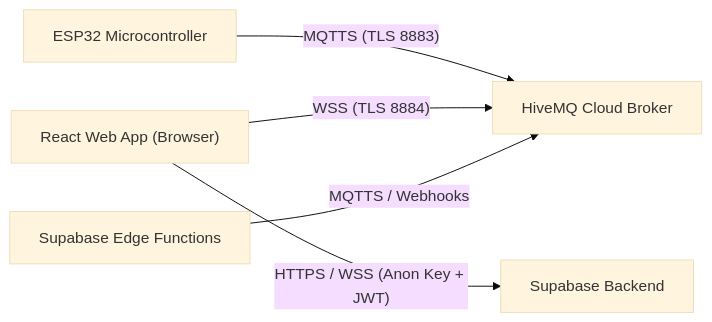
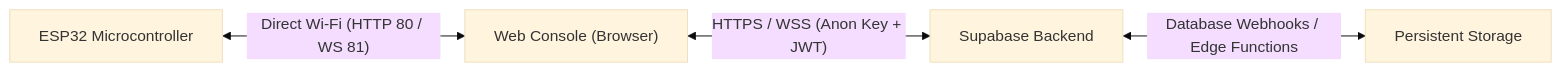
One commit to JerichoDelosReyes/PawStation changed the diagram in Docs/Security Architecture and Hardening.md. Above: the diagram before and after it, drawn with Mermaid (base theme). The commit also changed other lines of this file and 22 other files, not shown here.

Commit message:
refactor: remove HiveMQ and MQTT, migrate to direct ESP32 Wi-Fi architecture

````diff
--- a/Docs/Security Architecture and Hardening.md
+++ b/Docs/Security Architecture and Hardening.md
@@ -25,7 +27,6 @@
 ```mermaid
 flowchart LR
-    A["ESP32 Microcontroller"] -- "MQTTS (TLS 8883)" --> B["HiveMQ Cloud Broker"]
-    C["React Web App (Browser)"] -- "WSS (TLS 8884)" --> B
-    C -- "HTTPS / WSS (Anon Key + JWT)" --> D["Supabase Backend"]
-    E["Supabase Edge Functions"] -- "MQTTS / Webhooks" --> B
+    A["ESP32 Microcontroller"] <-- "Direct Wi-Fi (HTTP 80 / WS 81)" --> C["Web Console (Browser)"]
+    C <-- "HTTPS / WSS (Anon Key + JWT)" --> D["Supabase Backend"]
+    D <-- "Database Webhooks / Edge Functions" --> E["Persistent Storage"]
 ```
````
